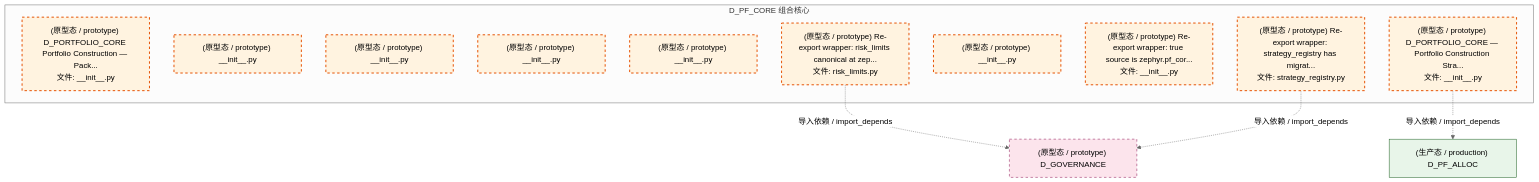
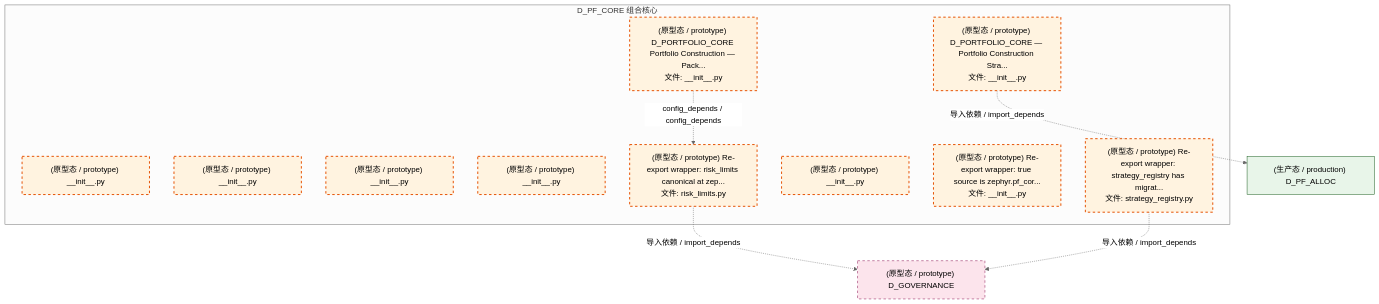
The third of 4 diagrams in docs/02_enterprise_architecture/02_domain_architecture_docs/50_d_pf_core.md (xuanFelixVan/ZephyrAlpha), drawn with Mermaid (neutral theme) before and after one commit. The commit also changed other lines of this file and 112 other files, not shown here.

````diff
--- a/docs/02_enterprise_architecture/02_domain_architecture_docs/50_d_pf_core.md
+++ b/docs/02_enterprise_architecture/02_domain_architecture_docs/50_d_pf_core.md
@@ -145,27 +145,28 @@
 ```mermaid
 graph TD
     subgraph D_PF_CORE["D_PF_CORE 组合核心"]
         src_zephyr_pf_core_init_py["(原型态 / prototype) D_PORTFOLIO_CORE Portfolio Construction — Pack...<br/>文件: __init__.py"]
         src_zephyr_pf_core_extensions_init_py["(原型态 / prototype) __init__.py"]
         src_zephyr_pf_core_api_init_py["(原型态 / prototype) __init__.py"]
         src_zephyr_pf_core_core_init_py["(原型态 / prototype) __init__.py"]
         src_zephyr_pf_core_infrastructure_init_py["(原型态 / prototype) __init__.py"]
         src_zephyr_pf_core_risk_limits_py["(原型态 / prototype) Re-export wrapper: risk_limits canonical at zep...<br/>文件: risk_limits.py"]
         src_zephyr_pf_core_services_init_py["(原型态 / prototype) __init__.py"]
         src_zephyr_pf_core_strategies_init_py["(原型态 / prototype) Re-export wrapper: true source is zephyr.pf_cor...<br/>文件: __init__.py"]
         src_zephyr_pf_core_strategy_engine_init_py["(原型态 / prototype) D_PORTFOLIO_CORE — Portfolio Construction Stra...<br/>文件: __init__.py"]
         src_zephyr_pf_core_strategy_registry_py["(原型态 / prototype) Re-export wrapper: strategy_registry has migrat...<br/>文件: strategy_registry.py"]
     end
+    src_zephyr_pf_core_init_py -.->|config_depends / config_depends| src_zephyr_pf_core_risk_limits_py
     D_GOVERNANCE["(原型态 / prototype) D_GOVERNANCE"]
     src_zephyr_pf_core_risk_limits_py -.->|导入依赖 / import_depends| D_GOVERNANCE
     src_zephyr_pf_core_strategy_registry_py -.->|导入依赖 / import_depends| D_GOVERNANCE
     D_PF_ALLOC["(生产态 / production) D_PF_ALLOC"]
     src_zephyr_pf_core_strategy_engine_init_py -.->|导入依赖 / import_depends| D_PF_ALLOC
     classDef production fill:#e1f5fe,stroke:#01579b,stroke-width:2px,color:#000
     classDef design fill:#fff3e0,stroke:#e65100,stroke-width:2px,color:#000,stroke-dasharray: 5 5
     classDef external_prod fill:#e8f5e9,stroke:#1b5e20,stroke-width:1px,color:#000
     classDef external_design fill:#fce4ec,stroke:#880e4f,stroke-width:1px,color:#000,stroke-dasharray: 5 5
     class src_zephyr_pf_core_init_py,src_zephyr_pf_core_extensions_init_py,src_zephyr_pf_core_api_init_py,src_zephyr_pf_core_core_init_py,src_zephyr_pf_core_infrastructure_init_py,src_zephyr_pf_core_risk_limits_py,src_zephyr_pf_core_services_init_py,src_zephyr_pf_core_strategies_init_py,src_zephyr_pf_core_strategy_engine_init_py,src_zephyr_pf_core_strategy_registry_py design
     class D_PF_ALLOC external_prod
     class D_GOVERNANCE external_design
 ```
````
